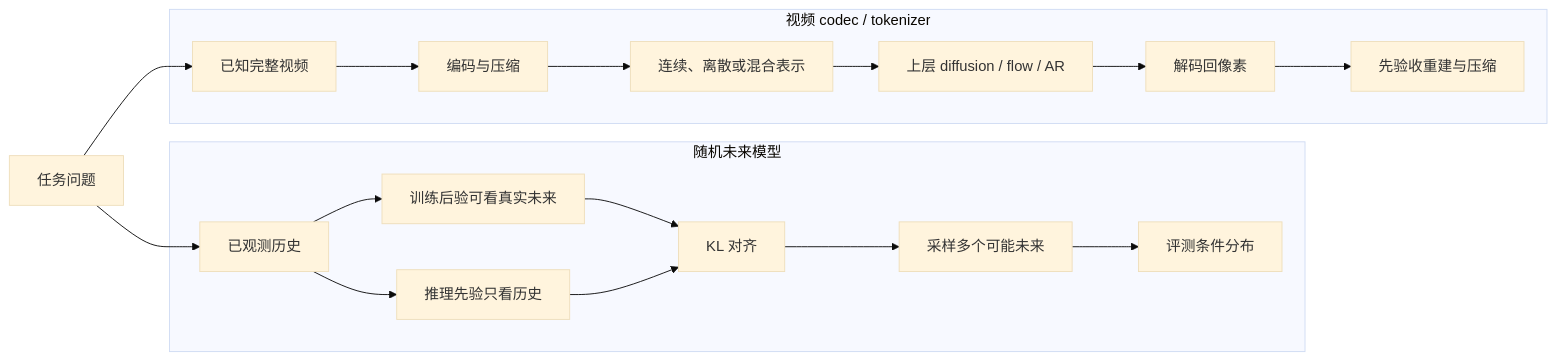
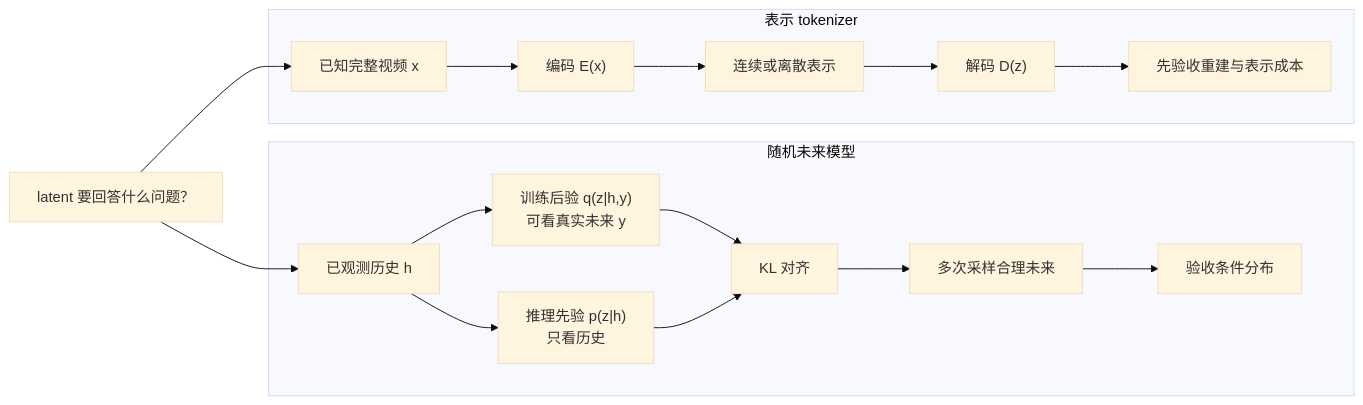
The first of 2 diagrams in docs/generative-models/variational-generation.md (GVCLab/Video-Generation-101), drawn with Mermaid (base theme) before and after one commit. The commit also changed other lines of this file and 32 other files, not shown here.

````diff
--- a/docs/generative-models/variational-generation.md
+++ b/docs/generative-models/variational-generation.md
@@ -16,27 +22,26 @@
 ```mermaid
 flowchart LR
-    accTitle: 视频潜变量的两种角色
-    accDescr: 从任务问题出发，一条分支用训练后验和历史先验建模多种未来，另一条分支把已知视频编码成紧凑表示并交给上层生成器。
+    accTitle: 视频潜变量的两种任务角色
+    accDescr: 同一历史的多未来建模使用能看真实目标的训练后验对齐只看历史的推理先验；已知视频的表示压缩则由编码器产生潜表示并先验收重建。
 
-    question["任务问题"]
+    question["latent 要回答什么问题？"]
 
     subgraph future["随机未来模型"]
-        history["已观测历史"] --> posterior["训练后验可看真实未来"]
-        history --> prior["推理先验只看历史"]
+        history["已观测历史 h"] --> posterior["训练后验 q(z|h,y)<br/>可看真实未来 y"]
+        history --> prior["推理先验 p(z|h)<br/>只看历史"]
         posterior --> align["KL 对齐"]
         prior --> align
-        align --> futures["采样多个可能未来"]
-        futures --> future_eval["评测条件分布"]
+        align --> samples["多次采样合理未来"]
+        samples --> future_eval["验收条件分布"]
     end
 
-    subgraph tokenizer["视频 codec / tokenizer"]
-        known["已知完整视频"] --> encoder["编码与压缩"]
-        encoder --> latent["连续、离散或混合表示"]
-        latent --> generator["上层 diffusion / flow / AR"]
-        generator --> decoder["解码回像素"]
-        decoder --> codec_eval["先验收重建与压缩"]
+    subgraph representation["表示 tokenizer"]
+        known["已知完整视频 x"] --> encoder["编码 E(x)"]
+        encoder --> compact["连续或离散表示"]
+        compact --> decoder["解码 D(z)"]
+        decoder --> recon_eval["先验收重建与表示成本"]
     end
 
     question --> history
     question --> known
 ```
````
